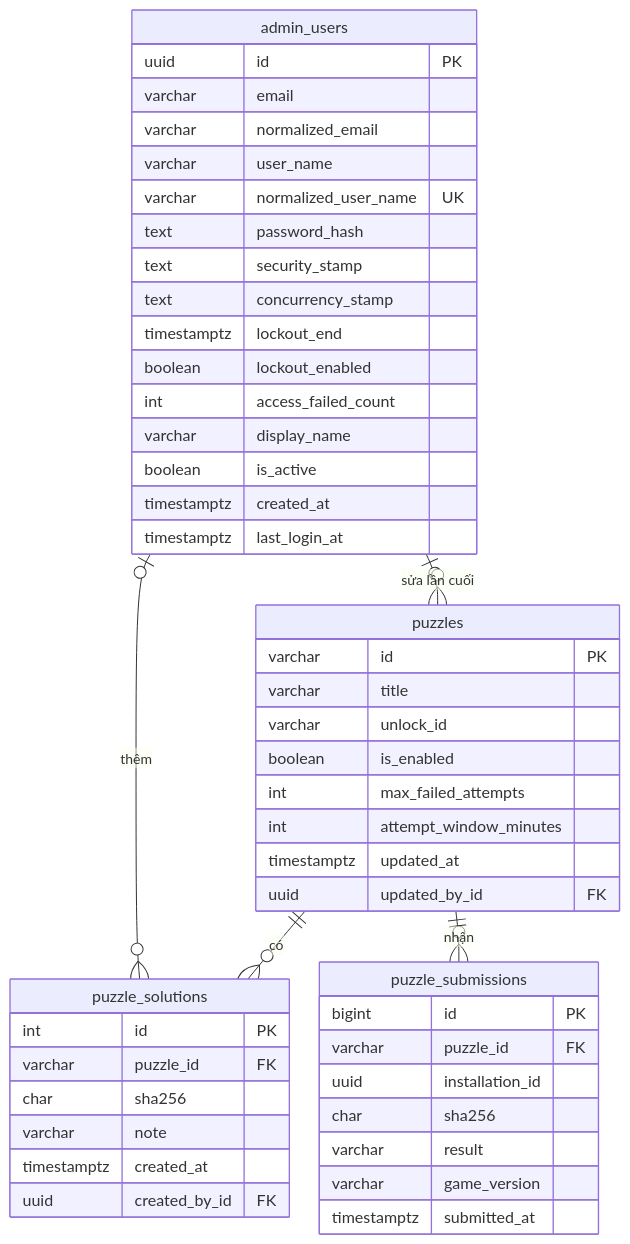
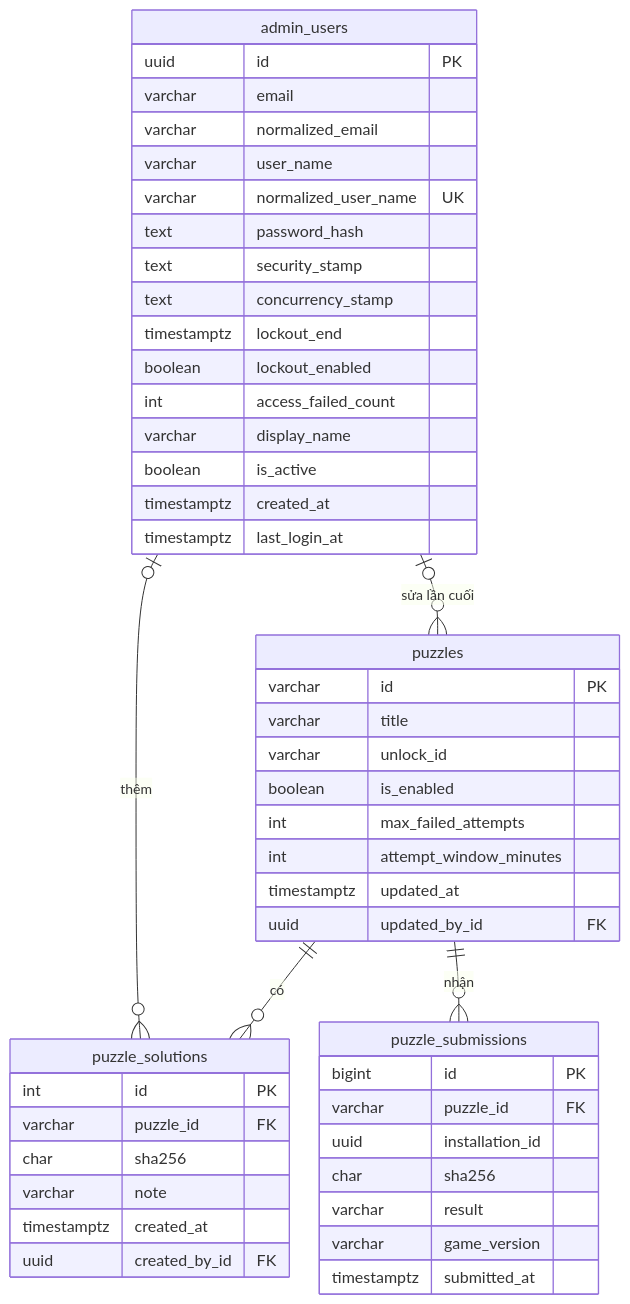
The first of 2 diagrams in docs/thiet-ke/database-design.md (qivarnq3g/3-gio-12), drawn with Mermaid before and after one commit.

Commit message:
Restore ER rank spacing so relationship labels clear the cardinality marks

````diff
--- a/docs/thiet-ke/database-design.md
+++ b/docs/thiet-ke/database-design.md
@@ -9,57 +9,57 @@
 ```mermaid
-%%{init: {"er": {"nodeSpacing": 30, "rankSpacing": 30, "entityPadding": 8}}}%%
+%%{init: {"er": {"nodeSpacing": 30, "rankSpacing": 60, "entityPadding": 8}}}%%
 erDiagram
     admin_users {
         uuid id PK
         varchar email
         varchar normalized_email
         varchar user_name
         varchar normalized_user_name UK
         text password_hash
         text security_stamp
         text concurrency_stamp
         timestamptz lockout_end
         boolean lockout_enabled
         int access_failed_count
         varchar display_name
         boolean is_active
         timestamptz created_at
         timestamptz last_login_at
     }
 
     puzzles {
         varchar id PK
         varchar title
         varchar unlock_id
         boolean is_enabled
         int max_failed_attempts
         int attempt_window_minutes
         timestamptz updated_at
         uuid updated_by_id FK
     }
 
     puzzle_solutions {
         int id PK
         varchar puzzle_id FK
         char sha256
         varchar note
         timestamptz created_at
         uuid created_by_id FK
     }
 
     puzzle_submissions {
         bigint id PK
         varchar puzzle_id FK
         uuid installation_id
         char sha256
         varchar result
         varchar game_version
         timestamptz submitted_at
     }
 
 
     puzzles ||--o{ puzzle_solutions : "có"
     puzzles ||--o{ puzzle_submissions : "nhận"
     admin_users |o--o{ puzzles : "sửa lần cuối"
     admin_users |o--o{ puzzle_solutions : "thêm"
 ```
````
